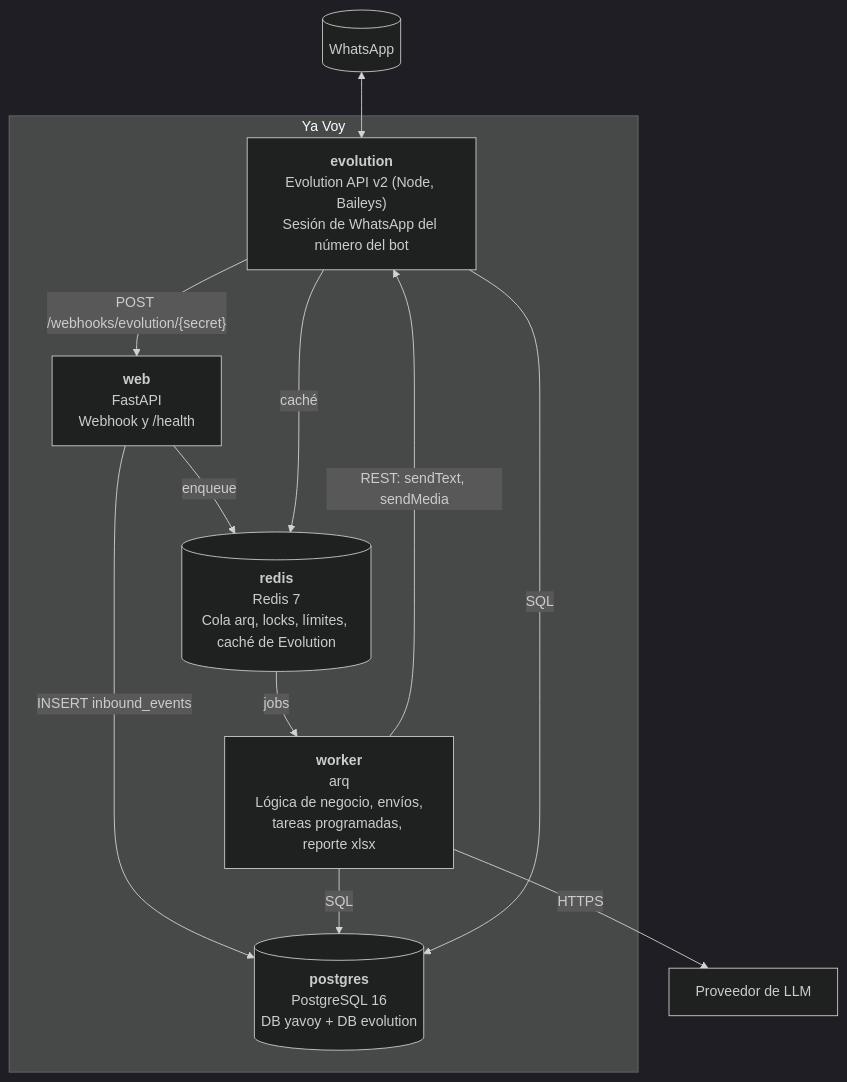
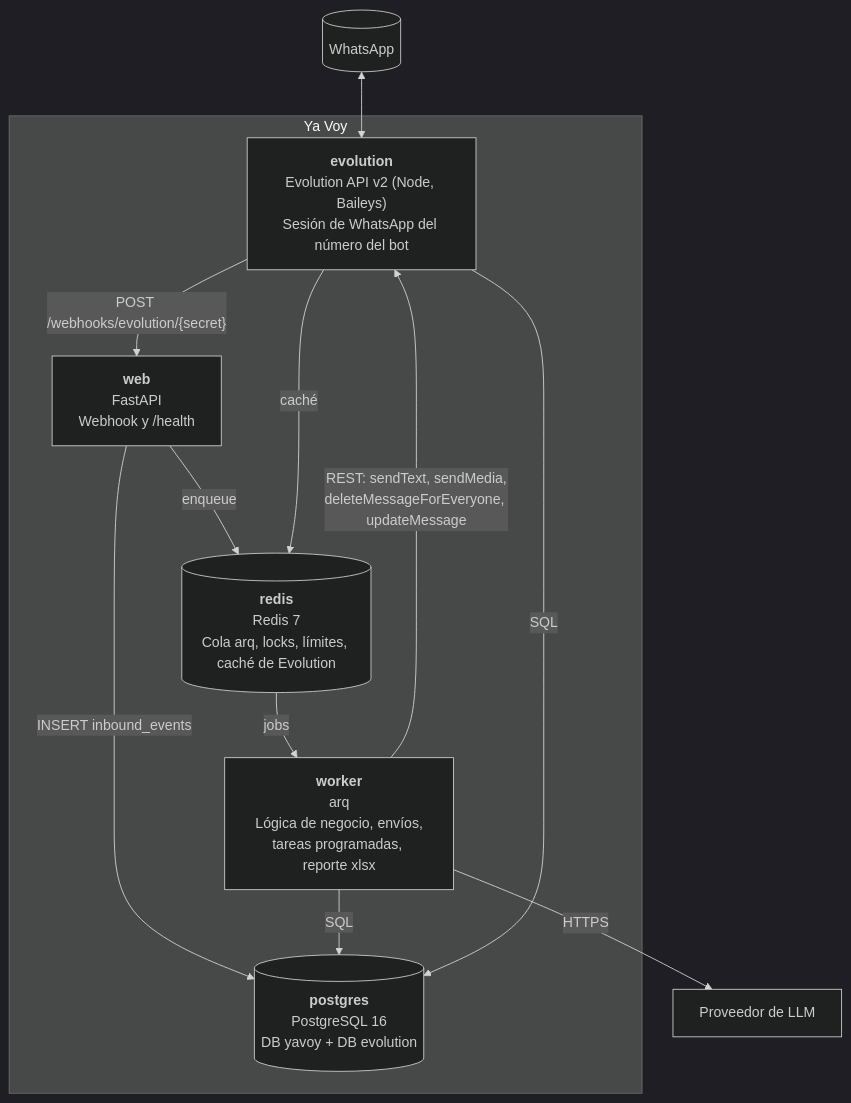
One commit to KevOrtega/ya-voy-automation-whatsapp changed the second of 2 diagrams in docs/06-arquitectura.md. Above: the diagram before and after it, drawn with Mermaid (dark theme). The commit also changed other lines of this file and 8 other files, not shown here.

````diff
--- a/docs/06-arquitectura.md
+++ b/docs/06-arquitectura.md
@@ -28,24 +28,24 @@
 ```mermaid
 flowchart TB
     wa[("WhatsApp")]
     llm["Proveedor de LLM"]
 
     subgraph sys["Ya Voy"]
         evo["<b>evolution</b><br/>Evolution API v2 (Node, Baileys)<br/>Sesión de WhatsApp del número del bot"]
         web["<b>web</b><br/>FastAPI<br/>Webhook y /health"]
         worker["<b>worker</b><br/>arq<br/>Lógica de negocio, envíos,<br/>tareas programadas, reporte xlsx"]
         pg[("<b>postgres</b><br/>PostgreSQL 16<br/>DB yavoy + DB evolution")]
         redis[("<b>redis</b><br/>Redis 7<br/>Cola arq, locks, límites, caché de Evolution")]
     end
 
     wa <--> evo
     evo -- "POST /webhooks/evolution/{secret}" --> web
     web -- "INSERT inbound_events" --> pg
     web -- "enqueue" --> redis
     redis -- "jobs" --> worker
     worker -- "SQL" --> pg
-    worker -- "REST: sendText, sendMedia" --> evo
+    worker -- "REST: sendText, sendMedia,<br/>deleteMessageForEveryone, updateMessage" --> evo
     worker -- "HTTPS" --> llm
     evo -- "SQL" --> pg
     evo -- "caché" --> redis
 ```
````
